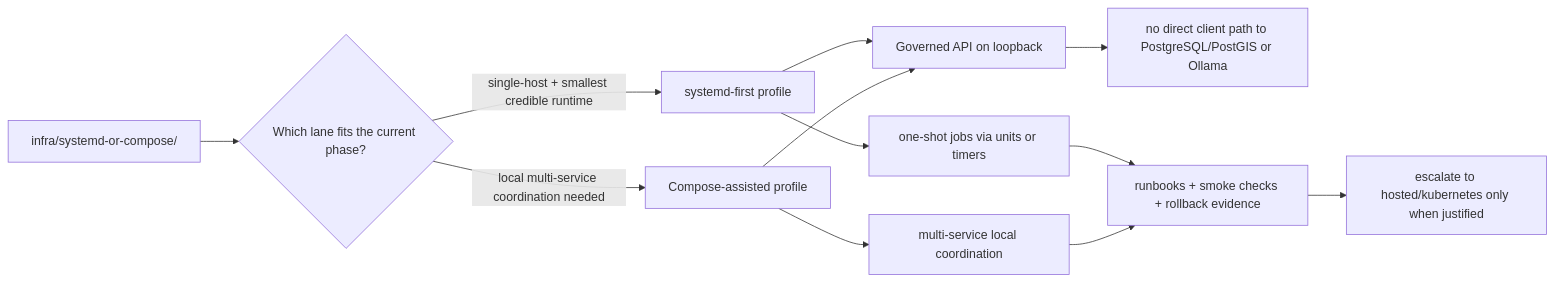
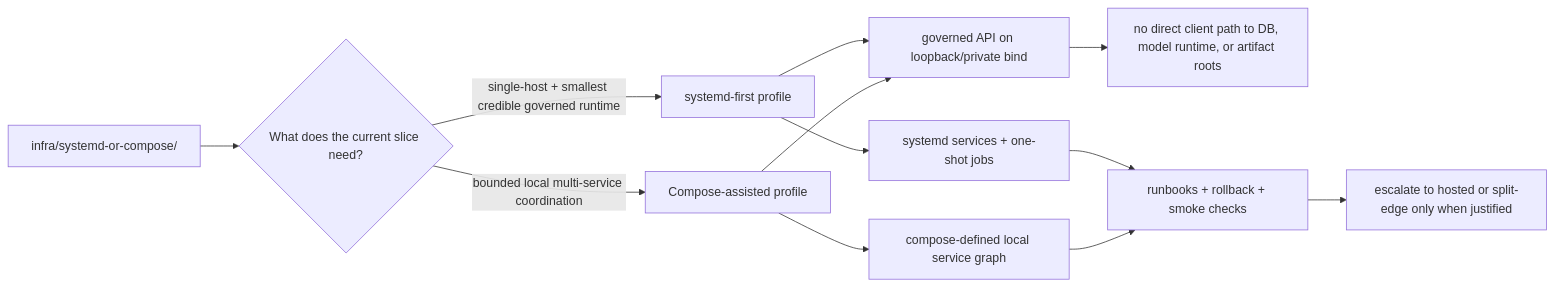
The diagram in infra/systemd-or-compose/README.md (bartytime4life/Kansas-Frontier-Matrix), drawn with Mermaid before and after one commit. The commit also changed other lines of this file, not shown here.

````diff
--- a/infra/systemd-or-compose/README.md
+++ b/infra/systemd-or-compose/README.md
@@ -266,19 +309,19 @@
 ```mermaid
 flowchart LR
-    A[infra/systemd-or-compose/] --> B{Which lane fits the current phase?}
+    A[infra/systemd-or-compose/] --> B{What does the current slice need?}
 
-    B -->|single-host + smallest credible runtime| C[systemd-first profile]
-    B -->|local multi-service coordination needed| D[Compose-assisted profile]
+    B -->|single-host + smallest credible governed runtime| C[systemd-first profile]
+    B -->|bounded local multi-service coordination| D[Compose-assisted profile]
 
-    C --> E[Governed API on loopback]
+    C --> E[governed API on loopback/private bind]
     D --> E
 
-    C --> F[one-shot jobs via units or timers]
-    D --> G[multi-service local coordination]
+    C --> F[systemd services + one-shot jobs]
+    D --> G[compose-defined local service graph]
 
-    E --> H[no direct client path to PostgreSQL/PostGIS or Ollama]
-    F --> I[runbooks + smoke checks + rollback evidence]
+    E --> H[no direct client path to DB, model runtime, or artifact roots]
+    F --> I[runbooks + rollback + smoke checks]
     G --> I
 
-    I --> J[escalate to hosted/kubernetes only when justified]
+    I --> J[escalate to hosted or split-edge only when justified]
 ```
````
